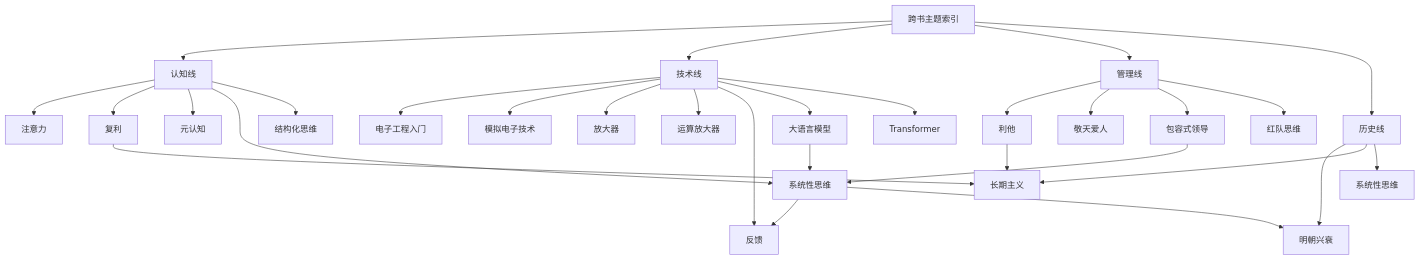
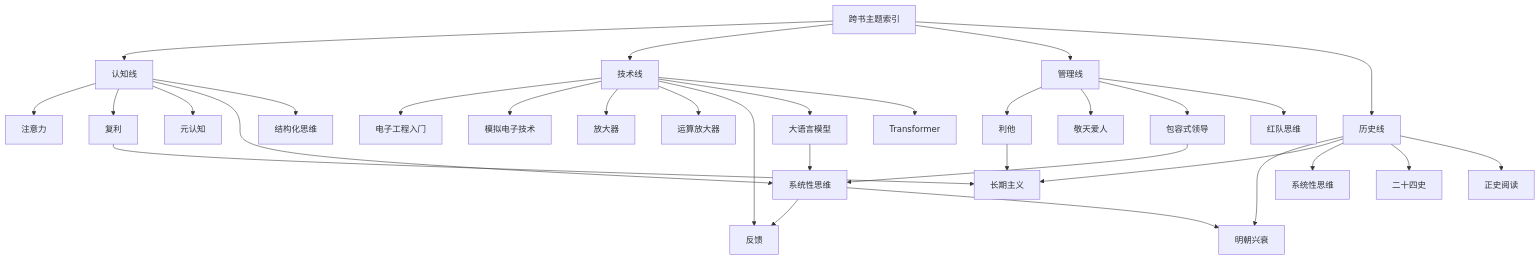
One commit to zhuguang-ZFG/reading changed the diagram in 跨书主题索引.md. Above: the diagram before and after it, drawn with Mermaid. The commit also changed other lines of this file and 4 other files, not shown here.

````diff
--- a/跨书主题索引.md
+++ b/跨书主题索引.md
@@ -20,39 +20,41 @@
 ```mermaid
 flowchart TD
     A[跨书主题索引]
 
     A --> B[认知线]
     A --> C[技术线]
     A --> D[管理线]
     A --> E[历史线]
 
     B --> B1[注意力]
     B --> B2[复利]
     B --> B3[元认知]
     B --> B4[系统性思维]
     B --> B5[结构化思维]
 
     C --> C1[电子工程入门]
     C --> C2[模拟电子技术]
     C --> C3[放大器]
     C --> C4[运算放大器]
     C --> C5[反馈]
     C --> C6[大语言模型]
     C --> C7[Transformer]
 
     D --> D1[利他]
     D --> D2[敬天爱人]
     D --> D3[包容式领导]
     D --> D4[红队思维]
 
     E --> E1[明朝兴衰]
     E --> E2[长期主义]
     E --> E3[系统性思维]
+    E --> E4[二十四史]
+    E --> E5[正史阅读]
 
     B4 --> C5
     B4 --> E1
     B2 --> E2
     D1 --> E2
     C6 --> B4
     D3 --> B4
 ```
````
